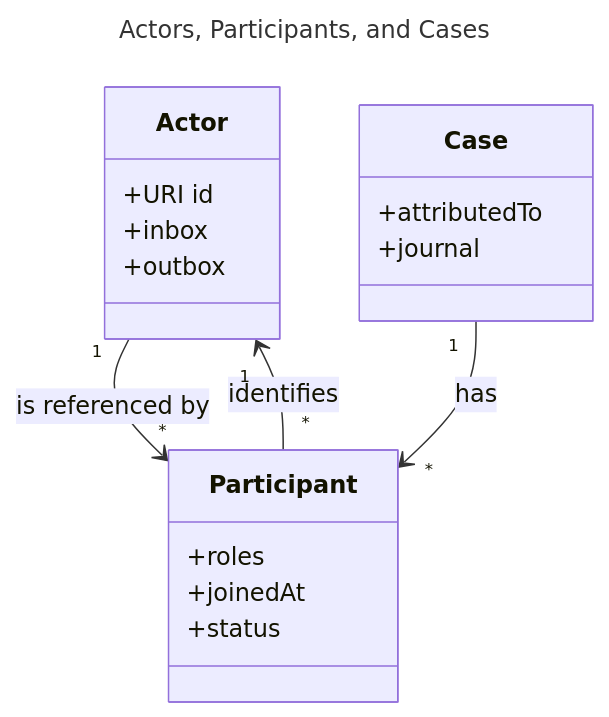
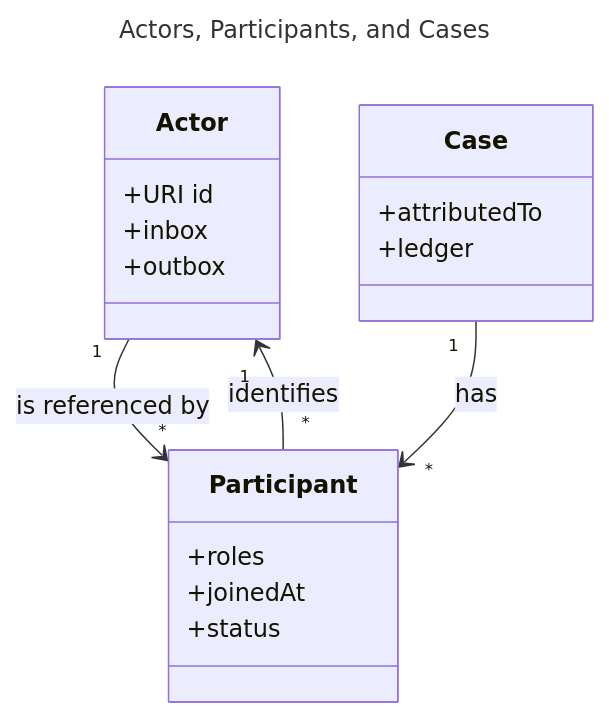
Before and after one commit to CERTCC/Vultron: the first of 2 diagrams in docs/topics/future_work/federation.md, drawn with Mermaid. The commit also changed other lines of this file and 2 other files, not shown here.

````diff
--- a/docs/topics/future_work/federation.md
+++ b/docs/topics/future_work/federation.md
@@ -74,23 +74,23 @@
 ```mermaid
 ---
 title: Actors, Participants, and Cases
 ---
 classDiagram
     class Actor {
         +URI id
         +inbox
         +outbox
     }
     class Participant {
         +roles
         +joinedAt
         +status
     }
     class Case {
         +attributedTo
-        +journal
+        +ledger
     }
     Actor "1" --> "*" Participant : is referenced by
     Case "1" --> "*" Participant : has
     Participant "*" --> "1" Actor : identifies
 ```
````
